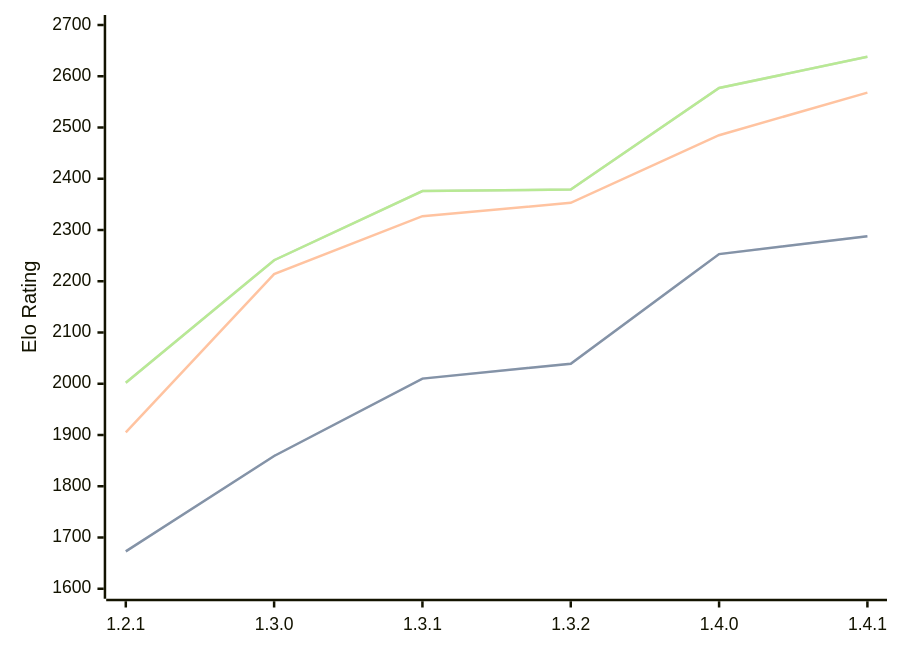
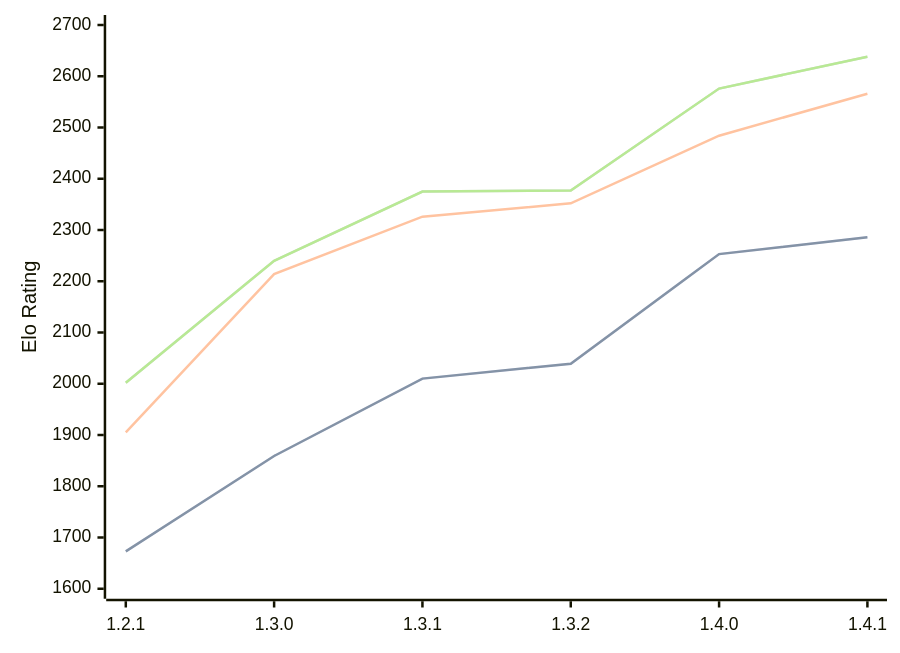
Before and after one commit to computer-chess-index/cci: the first of 3 diagrams in engines/Chal.md, drawn with Mermaid. The commit also changed other lines of this file, not shown here.

Commit message:
Update CCI Ratings (ELO VLTC) - 2026-07-15

````diff
--- a/engines/Chal.md
+++ b/engines/Chal.md
@@ -39,11 +39,11 @@
 ```mermaid
 %%{init: {"theme":"base","themeVariables":{"seriesColors:['#a3a3a3','#222221','#faa371']}}}%%
 xychart-beta
   x-axis ["1.2.1", "1.3.0", "1.3.1", "1.3.2", "1.4.0", "1.4.1"]
   y-axis "Elo Rating" 1600 --> 2700
-  line "STC (8.0+0.08s)" [1673, 1859, 2010, 2039, 2253, 2288]
-  line "STC (8.0+0.08s)" [1673, 1859, 2010, 2039, 2253, 2288]
-  line "LTC (60.0+0.60s)" [1905, 2214, 2327, 2353, 2485, 2568]
-  line "VLTC (2m24s+1.12s)" [2002, 2241, 2376, 2379, 2577, 2638]
-  line "VLTC (2m24s+1.12s)" [2002, 2241, 2376, 2379, 2577, 2638]
+  line "STC (8.0+0.08s)" [1673, 1859, 2010, 2039, 2253, 2286]
+  line "STC (8.0+0.08s)" [1673, 1859, 2010, 2039, 2253, 2286]
+  line "LTC (60.0+0.60s)" [1905, 2214, 2326, 2352, 2484, 2566]
+  line "VLTC (2m24s+1.12s)" [2002, 2240, 2375, 2377, 2576, 2638]
+  line "VLTC (2m24s+1.12s)" [2002, 2240, 2375, 2377, 2576, 2638]
 ```
````
